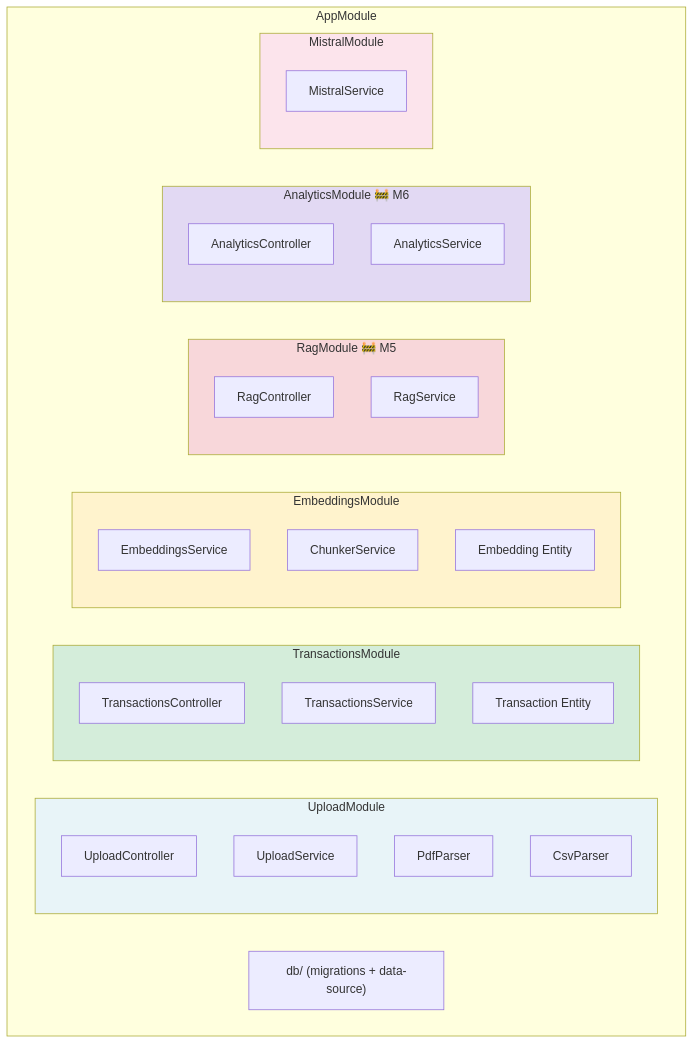
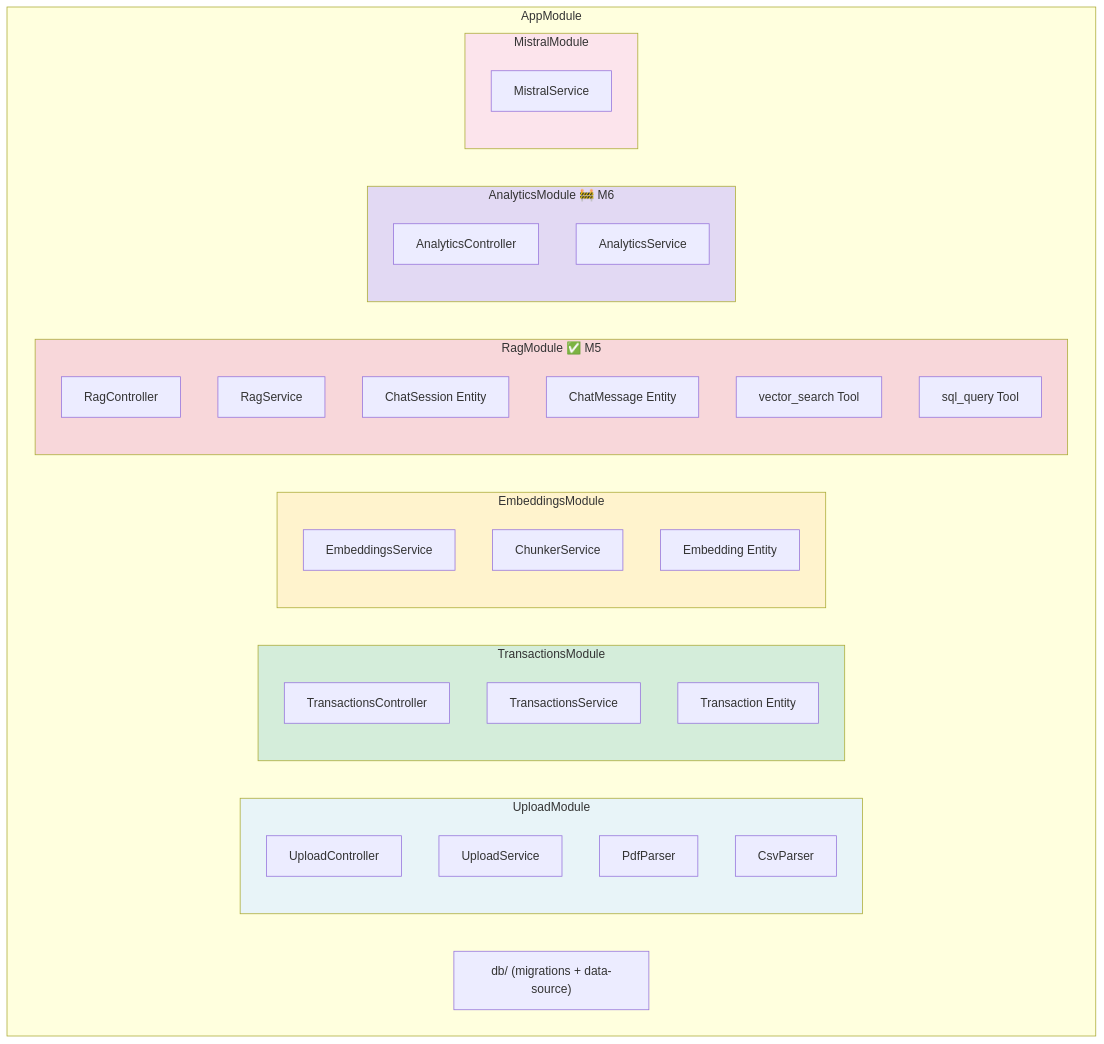
Before and after one commit to darth-dodo/ledger: the fifth of 7 diagrams in docs/architecture.md, drawn with Mermaid. The commit also changed other lines of this file and 2 other files, not shown here.

First line of the commit message:
docs: update architecture, product, and CLAUDE.md for M5 RAG Chat

````diff
--- a/docs/architecture.md
+++ b/docs/architecture.md
@@ -219,46 +260,50 @@
 ```mermaid
 graph TD
     subgraph AppModule
         subgraph UploadModule
             UC2[UploadController]
             US2[UploadService]
             PDF[PdfParser]
             CSV[CsvParser]
         end
 
         subgraph TransactionsModule
             TC2[TransactionsController]
             TS2[TransactionsService]
             TE[Transaction Entity]
         end
 
         subgraph EmbeddingsModule
             ES2[EmbeddingsService]
             CHK[ChunkerService]
             EE[Embedding Entity]
         end
 
-        subgraph RagModule ["RagModule 🚧 M5"]
+        subgraph RagModule ["RagModule ✅ M5"]
             RC2[RagController]
             RS2[RagService]
+            CSE[ChatSession Entity]
+            CME[ChatMessage Entity]
+            VST[vector_search Tool]
+            SQT[sql_query Tool]
         end
 
         subgraph AnalyticsModule ["AnalyticsModule 🚧 M6"]
             AC2[AnalyticsController]
             AS2[AnalyticsService]
         end
 
         subgraph MistralModule
             MS2[MistralService]
         end
 
         DB["db/ (migrations + data-source)"]
     end
 
     style UploadModule fill:#e8f4f8
     style TransactionsModule fill:#d4edda
     style EmbeddingsModule fill:#fff3cd
     style RagModule fill:#f8d7da
     style AnalyticsModule fill:#e2d9f3
     style MistralModule fill:#fce4ec
 ```
````
